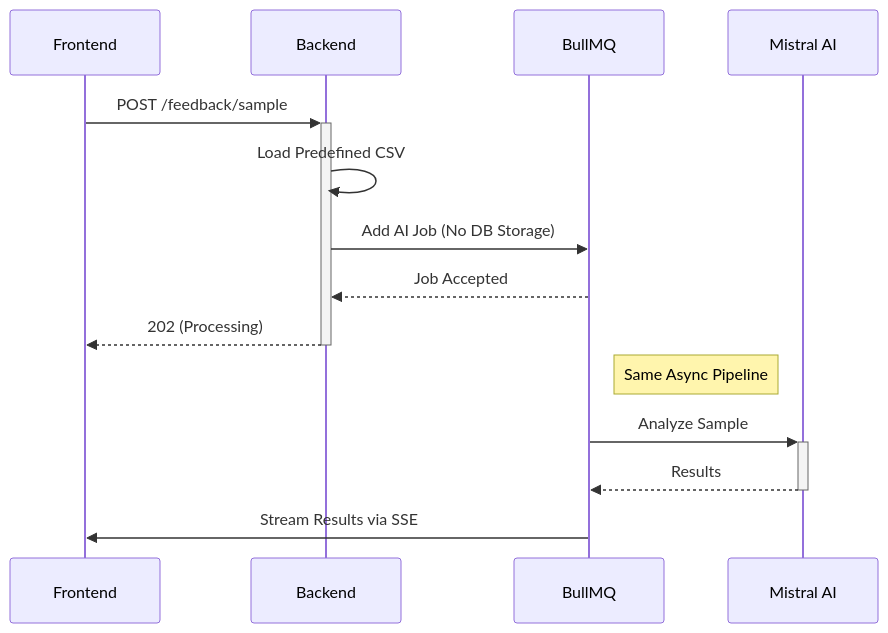
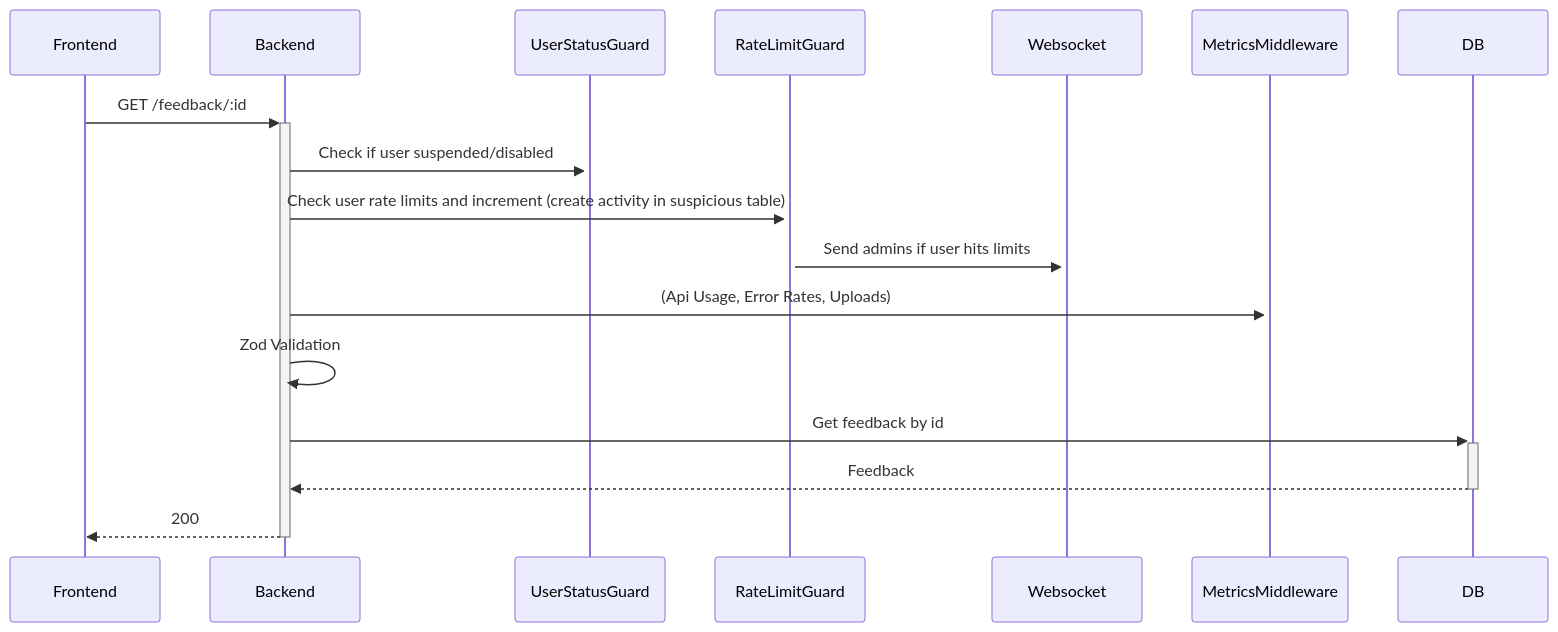
The fifth of 26 diagrams in README.md (Xayrulloh/Feedback-Sentiment), drawn with Mermaid before and after one commit. The commit also changed other lines of this file and 2 other files, not shown here.

````diff
--- a/README.md
+++ b/README.md
@@ -314,13 +200,12 @@
 ```mermaid
 sequenceDiagram
-    Frontend->>+Backend: POST /feedback/sample
-    Backend->>Backend: Load Predefined CSV
-    Backend->>BullMQ: Add AI Job (No DB Storage)
-    BullMQ-->>Backend: Job Accepted
-    Backend-->>-Frontend: 202 (Processing)
-
-    Note right of BullMQ: Same Async Pipeline
-    BullMQ->>+Mistral AI: Analyze Sample
-    Mistral AI-->>-BullMQ: Results
-    BullMQ->>Frontend: Stream Results via SSE
+    Frontend->>+Backend: GET /feedback/:id
+    Backend->>+UserStatusGuard: Check if user suspended/disabled
+    Backend->>+RateLimitGuard: Check user rate limits and increment (create activity in suspicious table)
+    RateLimitGuard->>+Websocket: Send admins if user hits limits
+    Backend->>+MetricsMiddleware: (Api Usage, Error Rates, Uploads)
+    Backend->>Backend: Zod Validation
+    Backend->>+DB: Get feedback by id
+    DB-->>-Backend: Feedback
+    Backend-->>-Frontend: 200
 ```
````
